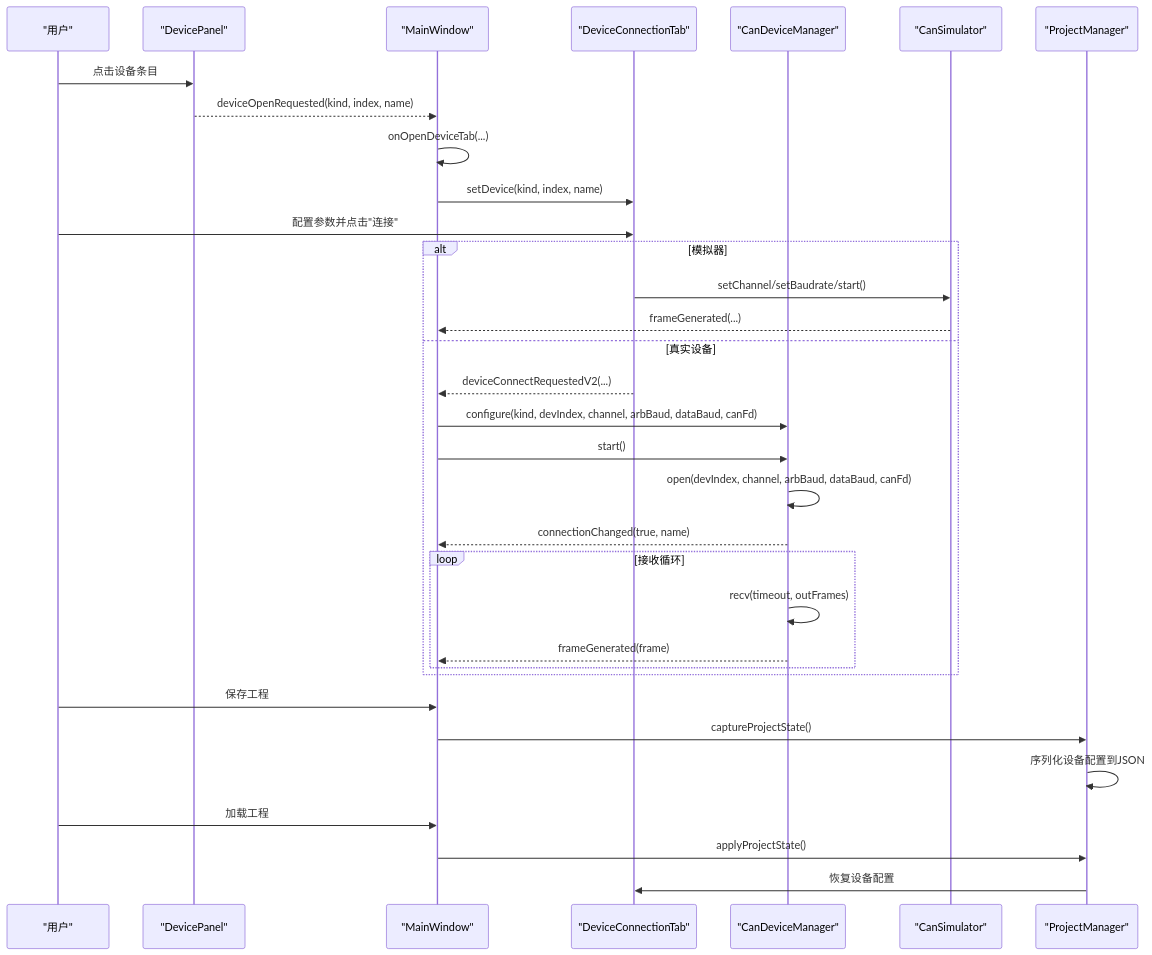
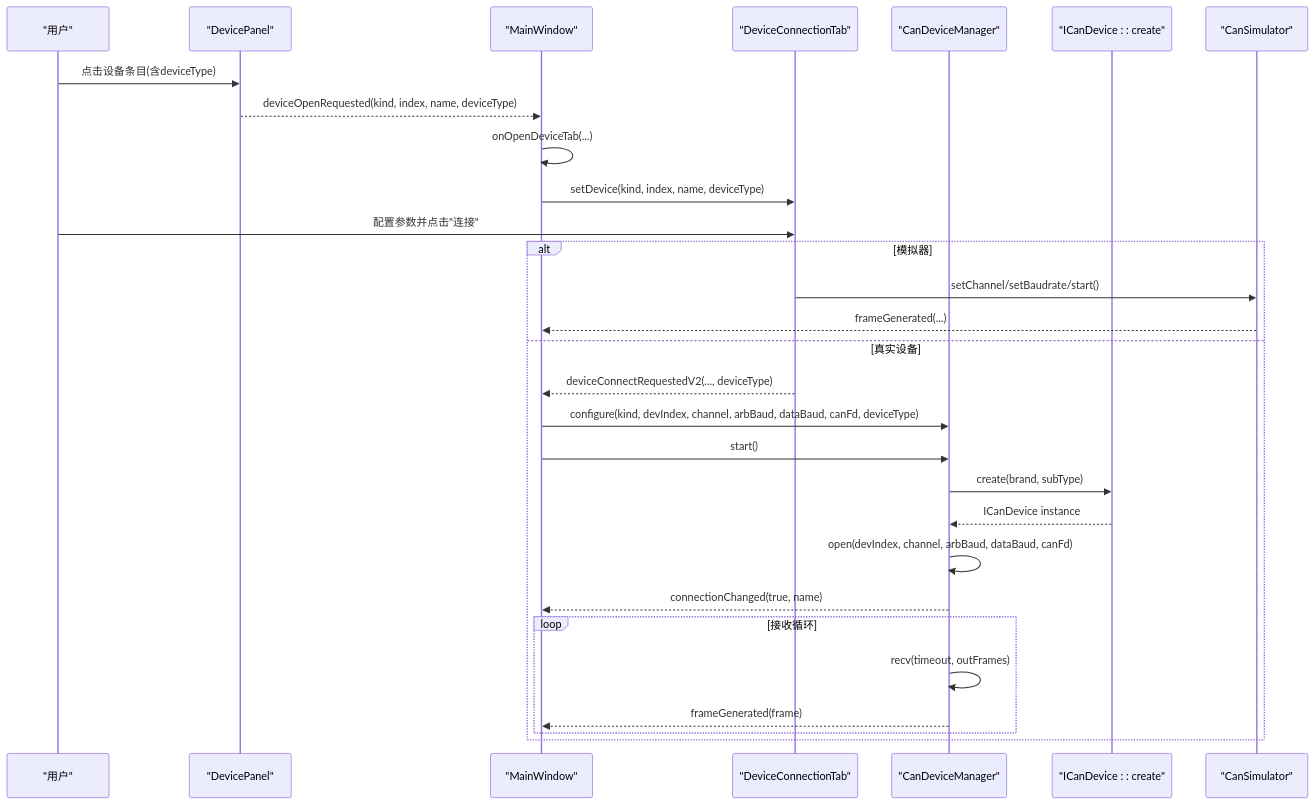
The second of 5 diagrams in .qoder/repowiki/zh/content/架构设计/UI系统设计/设备连接界面.md (jakecai1225-design/OpenBus), drawn with Mermaid before and after one commit. The commit also changed other lines of this file and 109 other files, not shown here.

````diff
--- a/.qoder/repowiki/zh/content/架构设计/UI系统设计/设备连接界面.md
+++ b/.qoder/repowiki/zh/content/架构设计/UI系统设计/设备连接界面.md
@@ -115,35 +120,31 @@
 ```mermaid
 sequenceDiagram
 participant User as "用户"
 participant Panel as "DevicePanel"
 participant Main as "MainWindow"
 participant Tab as "DeviceConnectionTab"
 participant Mgr as "CanDeviceManager"
+participant Factory as "ICanDevice : : create"
 participant Sim as "CanSimulator"
-participant PM as "ProjectManager"
-User->>Panel : 点击设备条目
-Panel-->>Main : deviceOpenRequested(kind, index, name)
+User->>Panel : 点击设备条目(含deviceType)
+Panel-->>Main : deviceOpenRequested(kind, index, name, deviceType)
 Main->>Main : onOpenDeviceTab(...)
-Main->>Tab : setDevice(kind, index, name)
+Main->>Tab : setDevice(kind, index, name, deviceType)
 User->>Tab : 配置参数并点击"连接"
 alt 模拟器
 Tab->>Sim : setChannel/setBaudrate/start()
 Sim-->>Main : frameGenerated(...)
 else 真实设备
-Tab-->>Main : deviceConnectRequestedV2(...)
-Main->>Mgr : configure(kind, devIndex, channel, arbBaud, dataBaud, canFd)
+Tab-->>Main : deviceConnectRequestedV2(..., deviceType)
+Main->>Mgr : configure(kind, devIndex, channel, arbBaud, dataBaud, canFd, deviceType)
 Main->>Mgr : start()
+Mgr->>Factory : create(brand, subType)
+Factory-->>Mgr : ICanDevice instance
 Mgr->>Mgr : open(devIndex, channel, arbBaud, dataBaud, canFd)
 Mgr-->>Main : connectionChanged(true, name)
 loop 接收循环
 Mgr->>Mgr : recv(timeout, outFrames)
 Mgr-->>Main : frameGenerated(frame)
 end
 end
-User->>Main : 保存工程
-Main->>PM : captureProjectState()
-PM->>PM : 序列化设备配置到JSON
-User->>Main : 加载工程
-Main->>PM : applyProjectState()
-PM->>Tab : 恢复设备配置
 ```
````
